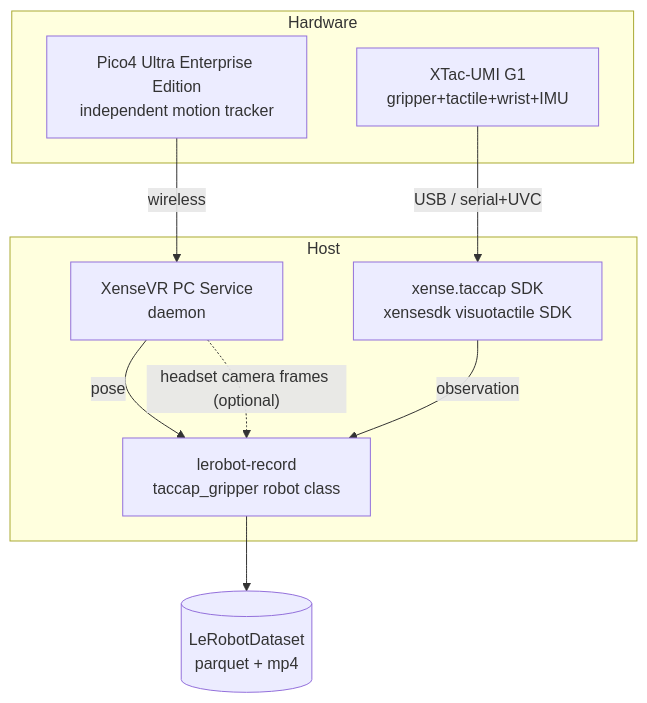
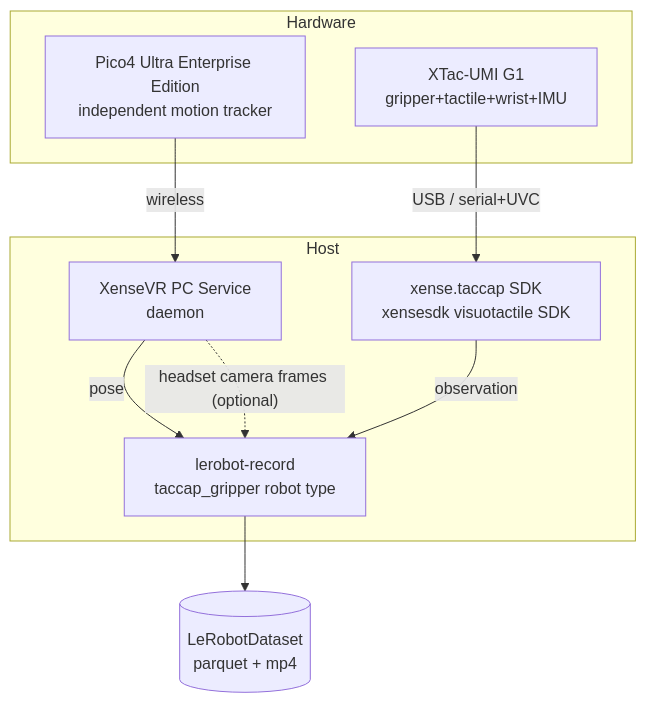
One commit to Vertax42/taccap-gripper-docs changed the diagram in docs/01-overview.en.md. Above: the diagram before and after it, drawn with Mermaid. The commit also changed other lines of this file and 16 other files, not shown here.

````diff
--- a/docs/01-overview.en.md
+++ b/docs/01-overview.en.md
@@ -27,18 +26,18 @@
 ```mermaid
 flowchart TB
     subgraph Hardware
       G[XTac-UMI G1<br/>gripper+tactile+wrist+IMU]
       P[Pico4 Ultra Enterprise Edition<br/>independent motion tracker]
     end
     subgraph Host
       PS[XenseVR PC Service<br/>daemon]
       SDK[xense.taccap SDK<br/>xensesdk visuotactile SDK]
-      LR[lerobot-record<br/>taccap_gripper robot class]
+      LR[lerobot-record<br/>taccap_gripper robot type]
     end
     G -- USB / serial+UVC --> SDK
     P -- wireless --> PS
     PS -- pose --> LR
     PS -. headset camera frames (optional) .-> LR
     SDK -- observation --> LR
     LR --> DS[(LeRobotDataset<br/>parquet + mp4)]
 ```
````
